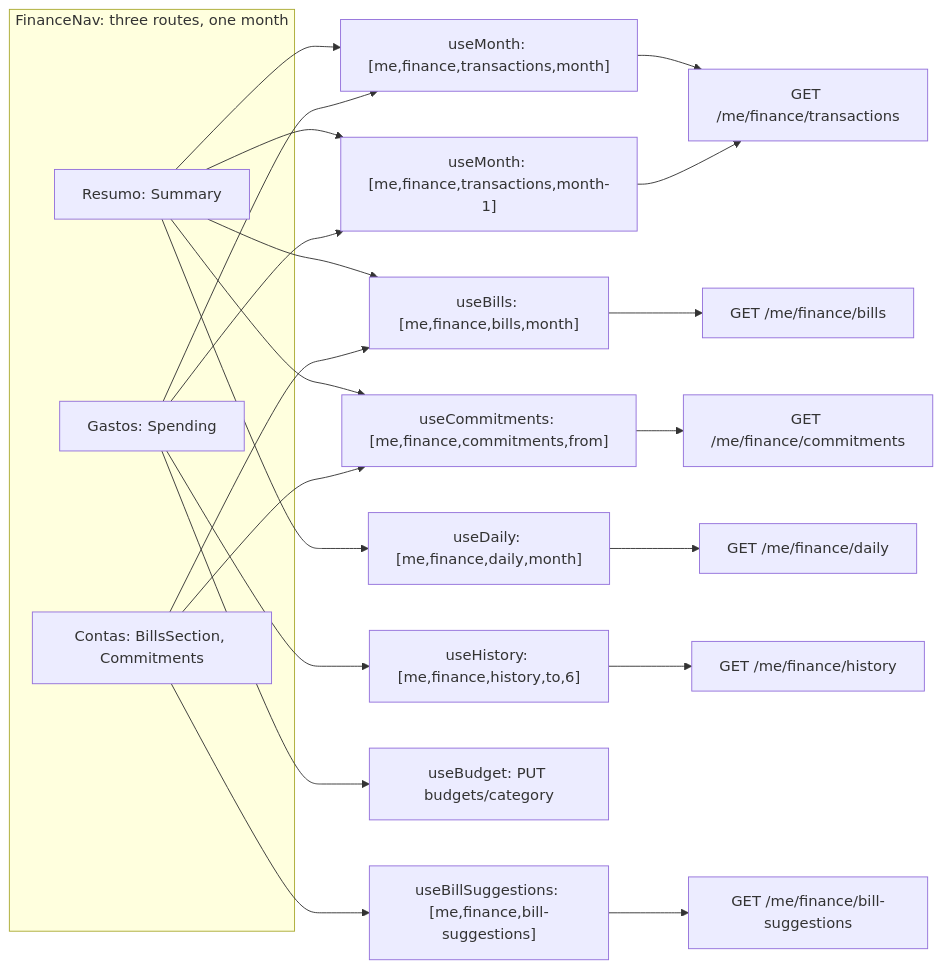
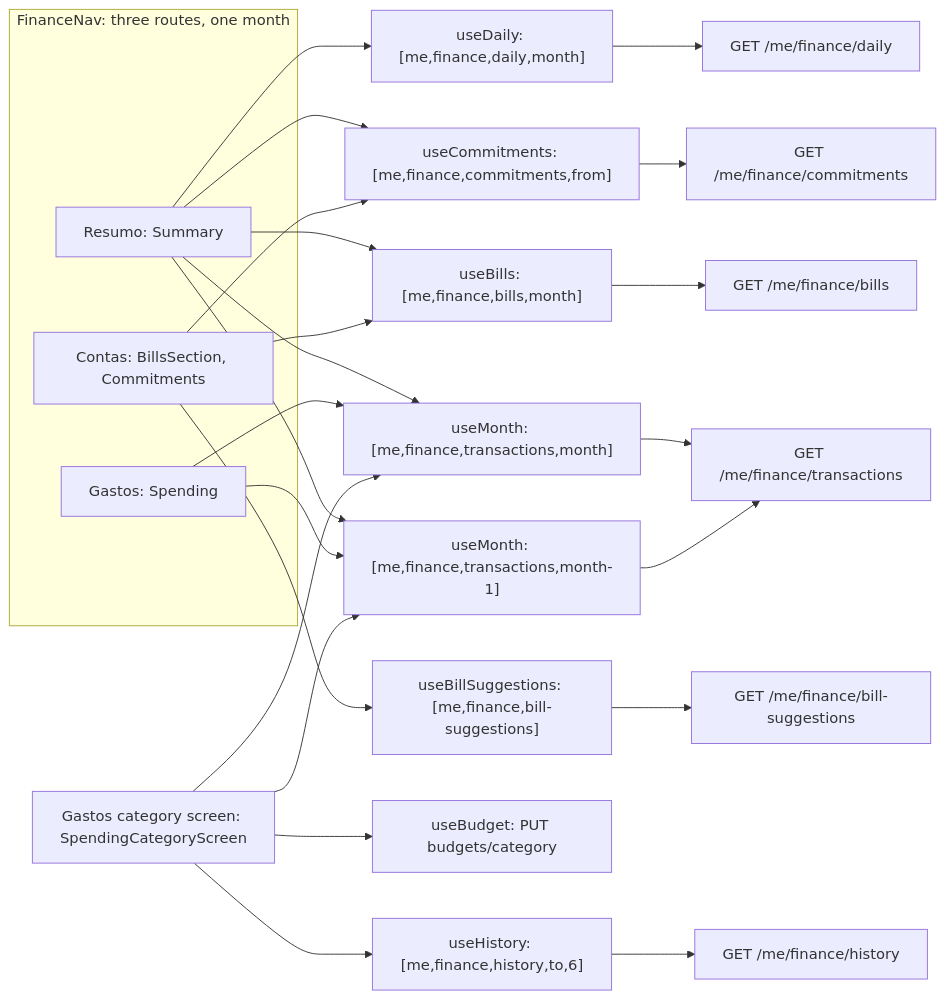
One commit to AbnerWillclefy/Homeowner changed the tenth of 13 diagrams in docs/architecture/web.md. Above: the diagram before and after it, drawn with Mermaid. The commit also changed other lines of this file and 1 other file, not shown here.

Commit message:
docs(web): describe the Spending Category screen and the lighter opened card

````diff
--- a/docs/architecture/web.md
+++ b/docs/architecture/web.md
@@ -554,27 +555,29 @@
 ```mermaid
 flowchart LR
     subgraph views["FinanceNav: three routes, one month"]
         RES["Resumo: Summary"]
         GAS["Gastos: Spending"]
         CON["Contas: BillsSection, Commitments"]
     end
     RES --> M["useMonth: [me,finance,transactions,month]"]
     RES --> MP["useMonth: [me,finance,transactions,month-1]"]
     RES --> B["useBills: [me,finance,bills,month]"]
     RES --> C["useCommitments: [me,finance,commitments,from]"]
     RES --> D["useDaily: [me,finance,daily,month]"]
     GAS --> M
     GAS --> MP
-    GAS --> H["useHistory: [me,finance,history,to,6]"]
-    GAS --> BU["useBudget: PUT budgets/category"]
+    CAT["Gastos category screen: SpendingCategoryScreen"] --> M
+    CAT --> MP
+    CAT --> H["useHistory: [me,finance,history,to,6]"]
+    CAT --> BU["useBudget: PUT budgets/category"]
     CON --> B
     CON --> S["useBillSuggestions: [me,finance,bill-suggestions]"]
     CON --> C
     M --> API1["GET /me/finance/transactions"]
     MP --> API1
     B --> API2["GET /me/finance/bills"]
     C --> API3["GET /me/finance/commitments"]
     D --> API4["GET /me/finance/daily"]
     H --> API5["GET /me/finance/history"]
     S --> API6["GET /me/finance/bill-suggestions"]
 ```
````
